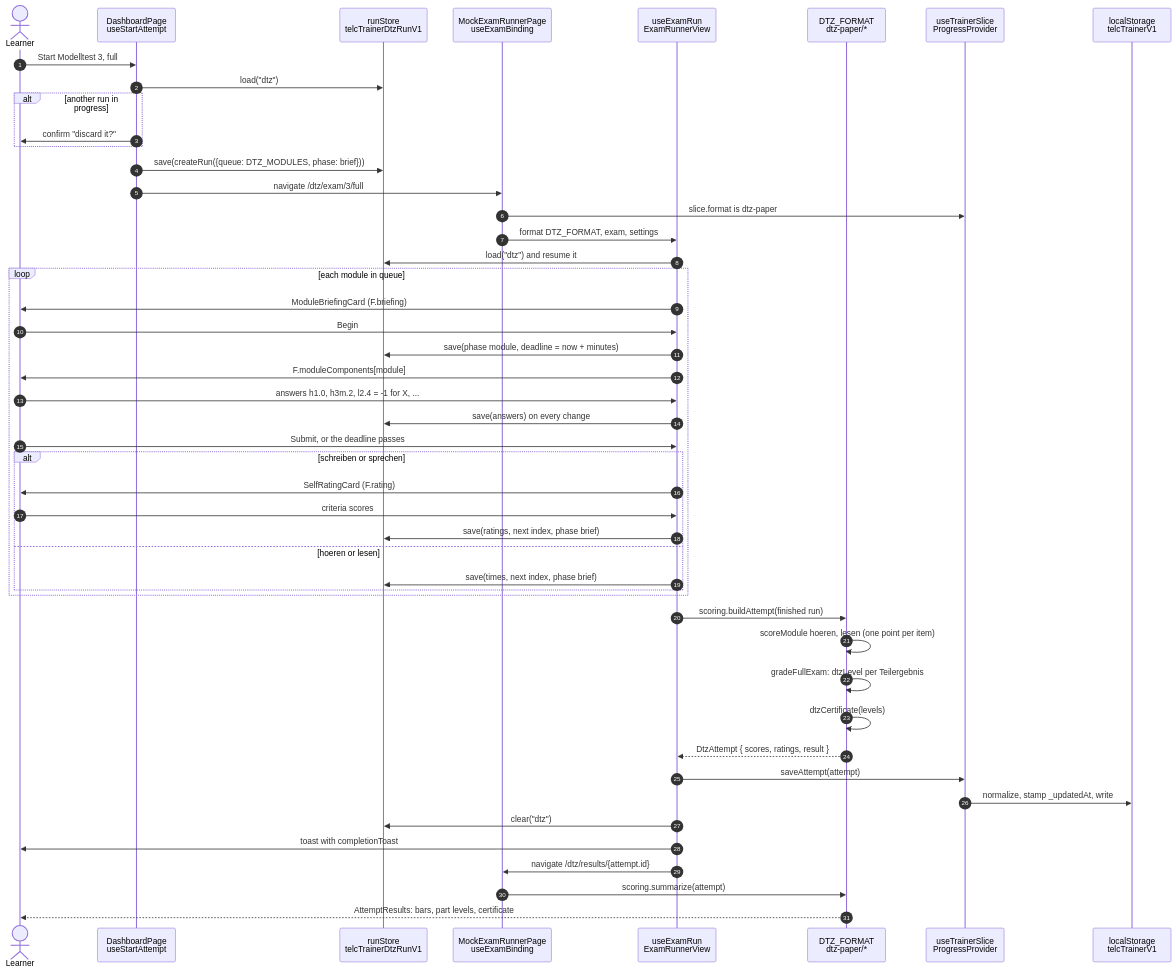
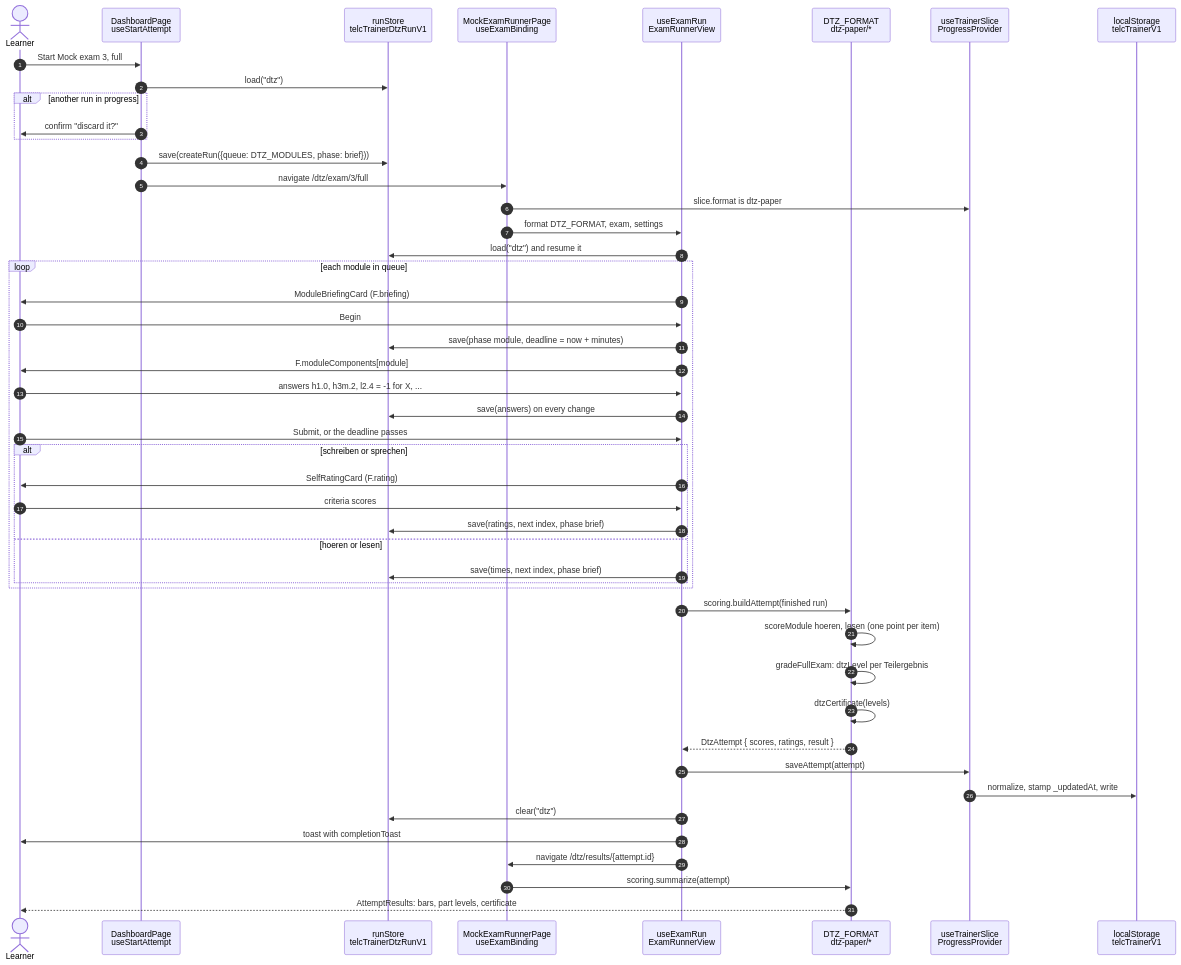
One commit to prangonsafayet/pruefungstrainer-deutsch changed the first of 5 diagrams in docs/architecture/c4-4-dynamic.md. Above: the diagram before and after it, drawn with Mermaid. The commit also changed 160 other files, not shown here.

````diff
--- a/docs/architecture/c4-4-dynamic.md
+++ b/docs/architecture/c4-4-dynamic.md
@@ -18,51 +18,51 @@
 ```mermaid
 sequenceDiagram
   autonumber
   actor L as Learner
   participant D as DashboardPage<br/>useStartAttempt
   participant RS as runStore<br/>telcTrainerDtzRunV1
   participant R as MockExamRunnerPage<br/>useExamBinding
   participant U as useExamRun<br/>ExamRunnerView
   participant F as DTZ_FORMAT<br/>dtz-paper/*
   participant S as useTrainerSlice<br/>ProgressProvider
   participant LS as localStorage<br/>telcTrainerV1
 
-  L->>D: Start Modelltest 3, full
+  L->>D: Start Mock exam 3, full
   D->>RS: load("dtz")
   alt another run in progress
     D->>L: confirm "discard it?"
   end
   D->>RS: save(createRun({queue: DTZ_MODULES, phase: brief}))
   D->>R: navigate /dtz/exam/3/full
   R->>S: slice.format is dtz-paper
   R->>U: format DTZ_FORMAT, exam, settings
   U->>RS: load("dtz") and resume it
   loop each module in queue
     U->>L: ModuleBriefingCard (F.briefing)
     L->>U: Begin
     U->>RS: save(phase module, deadline = now + minutes)
     U->>L: F.moduleComponents[module]
     L->>U: answers h1.0, h3m.2, l2.4 = -1 for X, ...
     U->>RS: save(answers) on every change
     L->>U: Submit, or the deadline passes
     alt schreiben or sprechen
       U->>L: SelfRatingCard (F.rating)
       L->>U: criteria scores
       U->>RS: save(ratings, next index, phase brief)
     else hoeren or lesen
       U->>RS: save(times, next index, phase brief)
     end
   end
   U->>F: scoring.buildAttempt(finished run)
   F->>F: scoreModule hoeren, lesen (one point per item)
   F->>F: gradeFullExam: dtzLevel per Teilergebnis
   F->>F: dtzCertificate(levels)
   F-->>U: DtzAttempt { scores, ratings, result }
   U->>S: saveAttempt(attempt)
   S->>LS: normalize, stamp _updatedAt, write
   U->>RS: clear("dtz")
   U->>L: toast with completionToast
   U->>R: navigate /dtz/results/{attempt.id}
   R->>F: scoring.summarize(attempt)
   F-->>L: AttemptResults: bars, part levels, certificate
 ```
````
